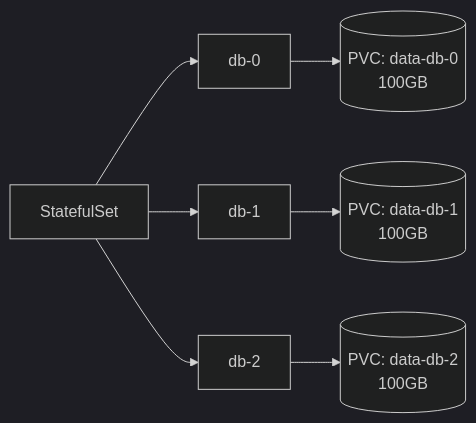
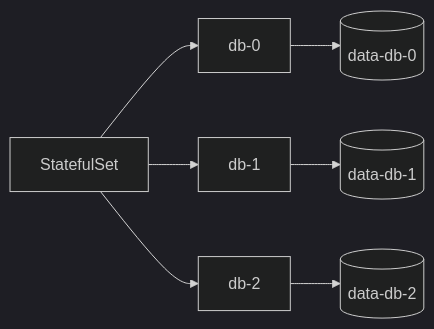
Before and after one commit to shinkeonkim/shinkeonkim.github.io: the fourth of 7 diagrams in src/content/wiki/kubernetes/k8s-statefulset.mdx, drawn with Mermaid (dark theme). The commit also changed other lines of this file and 526 other files, not shown here.

First line of the commit message:
content(wiki): 전수조사 및 대규모 보강 (짧은 파일 0, mermaid +645)

````diff
--- a/src/content/wiki/kubernetes/k8s-statefulset.mdx
+++ b/src/content/wiki/kubernetes/k8s-statefulset.mdx
@@ -109,9 +160,9 @@
 ```mermaid
 flowchart LR
     STS[StatefulSet] --> P0[db-0]
     STS --> P1[db-1]
     STS --> P2[db-2]
-    P0 --> PVC0[(PVC: data-db-0<br/>100GB)]
-    P1 --> PVC1[(PVC: data-db-1<br/>100GB)]
-    P2 --> PVC2[(PVC: data-db-2<br/>100GB)]
+    P0 --> PVC0[("data-db-0")]
+    P1 --> PVC1[("data-db-1")]
+    P2 --> PVC2[("data-db-2")]
 ```
````
